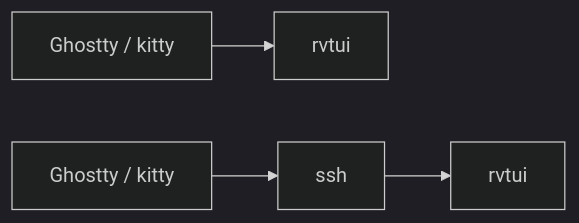
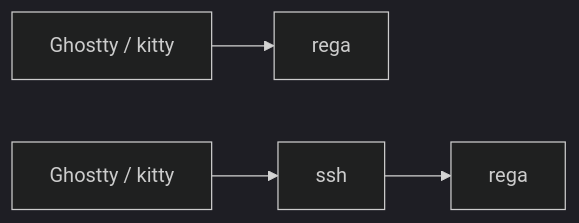
One commit to Elyg/rega changed the first of 3 diagrams in docs/src/setup.md. Above: the diagram before and after it, drawn with Mermaid (dark theme). The commit also changed other lines of this file and 165 other files, not shown here.

Commit message:
Rename rvtui to rega

````diff
--- a/docs/src/setup.md
+++ b/docs/src/setup.md
@@ -24,5 +24,5 @@
 ```mermaid
 flowchart LR
-  T[Ghostty / kitty] --> R[rvtui]
-  T2[Ghostty / kitty] --> S[ssh] --> R2[rvtui]
+  T[Ghostty / kitty] --> R[rega]
+  T2[Ghostty / kitty] --> S[ssh] --> R2[rega]
 ```
````
